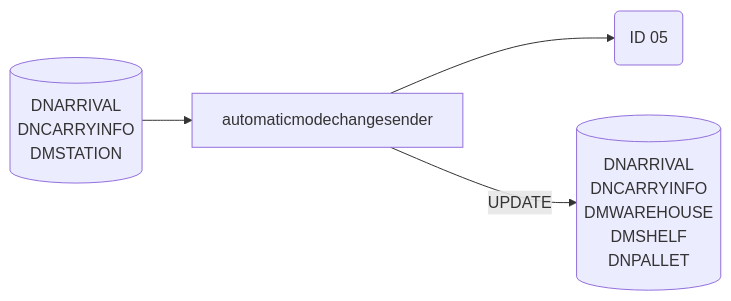
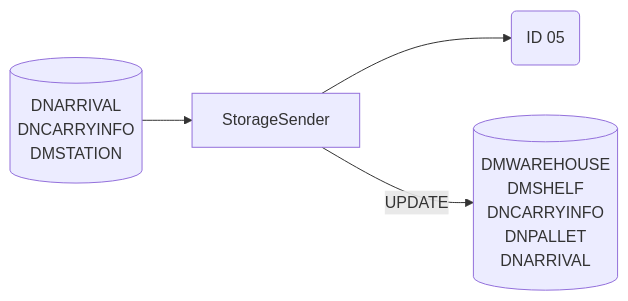
The third of 10 diagrams in Basic-Design/DFD-WMS/Storage/Empty-Pallet-Storage-to-Ambient-Area.md (luthfiadityaa/SimeDarby-Wiki), drawn with Mermaid before and after one commit. The commit also changed other lines of this file, not shown here.

Commit message:
Updated Empty Pallet Storage to Ambient Area

```diff
--- a/Basic-Design/DFD-WMS/Storage/Empty-Pallet-Storage-to-Ambient-Area.md
+++ b/Basic-Design/DFD-WMS/Storage/Empty-Pallet-Storage-to-Ambient-Area.md
@@ -264,22 +271,22 @@
 ::: mermaid
 flowchart LR
-automaticmodechangesender-update[("
-DNARRIVAL
-DNCARRYINFO
+StorageSender-update[("
 DMWAREHOUSE
 DMSHELF
+DNCARRYINFO
 DNPALLET
+DNARRIVAL
 ")]
-automaticmodechangesender-input[("
+StorageSender-input[("
 DNARRIVAL
 DNCARRYINFO
 DMSTATION
 ")]
 
 id05msg("
 ID 05
 ")
 
-automaticmodechangesender-input-->automaticmodechangesender-->id05msg
-automaticmodechangesender--> |UPDATE| automaticmodechangesender-update
+StorageSender-input-->StorageSender-->id05msg
+StorageSender--> |UPDATE| StorageSender-update
 :::
```
